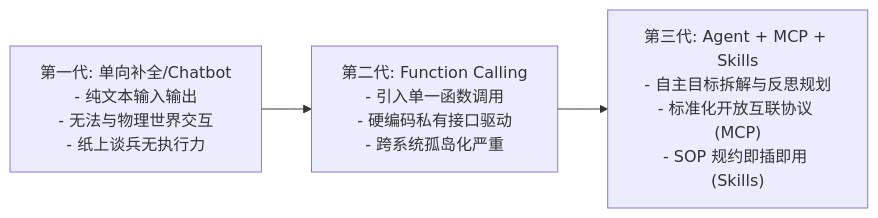
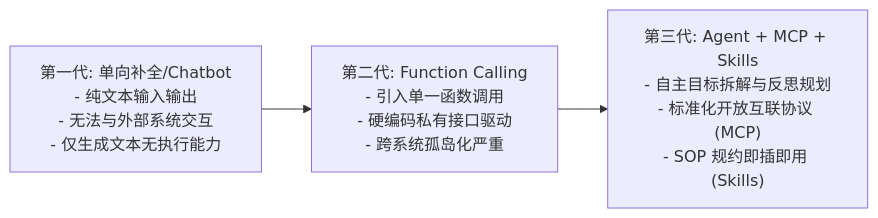
Before and after one commit to GuoWWWX/knowledge-base: the first of 4 diagrams in 10-AI应用开发/05-Agent-MCP-Skills/00-Agent-MCP-Skills全景与心智模型.md, drawn with Mermaid. The commit also changed other lines of this file and 251 other files, not shown here.

````diff
--- a/10-AI应用开发/05-Agent-MCP-Skills/00-Agent-MCP-Skills全景与心智模型.md
+++ b/10-AI应用开发/05-Agent-MCP-Skills/00-Agent-MCP-Skills全景与心智模型.md
@@ -27,5 +27,5 @@
 ```mermaid
 flowchart LR
-    G1["第一代: 单向补全/Chatbot<br/>- 纯文本输入输出<br/>- 无法与物理世界交互<br/>- 纸上谈兵无执行力"] --> G2["第二代: Function Calling<br/>- 引入单一函数调用<br/>- 硬编码私有接口驱动<br/>- 跨系统孤岛化严重"]
+    G1["第一代: 单向补全/Chatbot<br/>- 纯文本输入输出<br/>- 无法与外部系统交互<br/>- 仅生成文本无执行能力"] --> G2["第二代: Function Calling<br/>- 引入单一函数调用<br/>- 硬编码私有接口驱动<br/>- 跨系统孤岛化严重"]
     G2 --> G3["第三代: Agent + MCP + Skills<br/>- 自主目标拆解与反思规划<br/>- 标准化开放互联协议 (MCP)<br/>- SOP 规约即插即用 (Skills)"]
 ```
````
